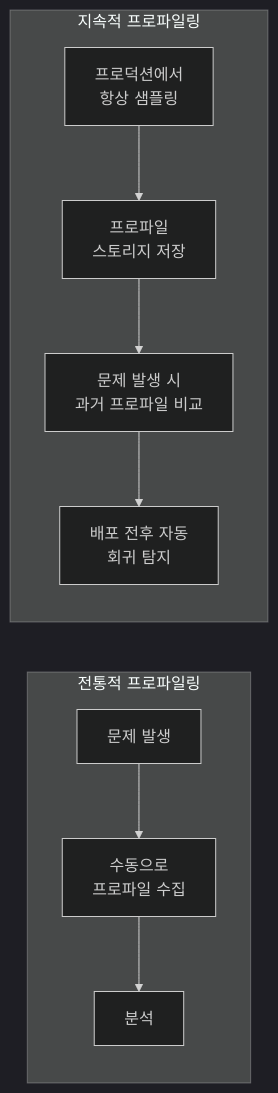
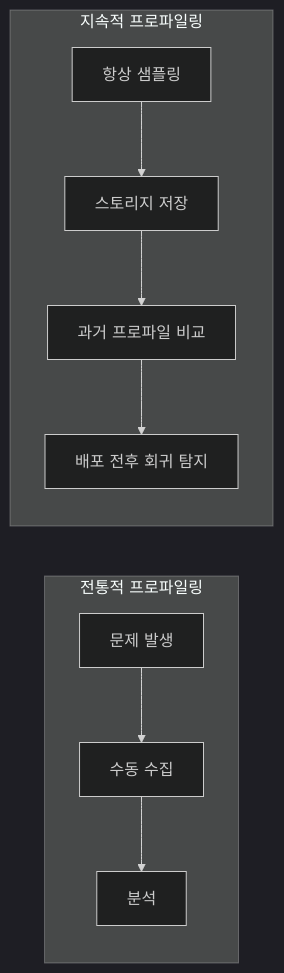
Before and after one commit to moonblueblue/devops-wiki: the third of 5 diagrams in content/linux/performance/flame-graph.md, drawn with Mermaid (dark theme). The commit also changed other lines of this file and 12 other files, not shown here.

First line of the commit message:
style: linux 섹션 전체 ASCII art 제거 및 Mermaid 규칙 적용

````diff
--- a/content/linux/performance/flame-graph.md
+++ b/content/linux/performance/flame-graph.md
@@ -536,13 +534,12 @@
 ```mermaid
 flowchart LR
     subgraph "전통적 프로파일링"
-        A1[문제 발생] --> A2[수동으로\n프로파일 수집]
-        A2 --> A3[분석]
+        A1[문제 발생] --> A2[수동 수집] --> A3[분석]
     end
 
     subgraph "지속적 프로파일링"
-        B1[프로덕션에서\n항상 샘플링] --> B2[프로파일\n스토리지 저장]
-        B2 --> B3[문제 발생 시\n과거 프로파일 비교]
-        B3 --> B4[배포 전후 자동\n회귀 탐지]
+        B1[항상 샘플링] --> B2[스토리지 저장]
+        B2 --> B3[과거 프로파일 비교]
+        B3 --> B4[배포 전후 회귀 탐지]
     end
 ```
````
